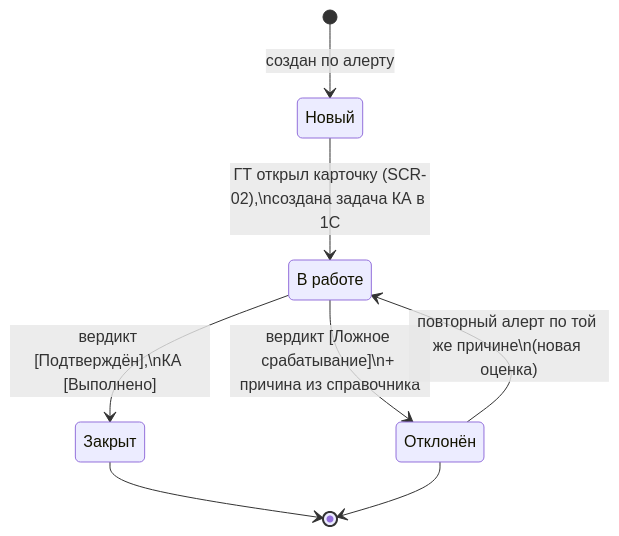
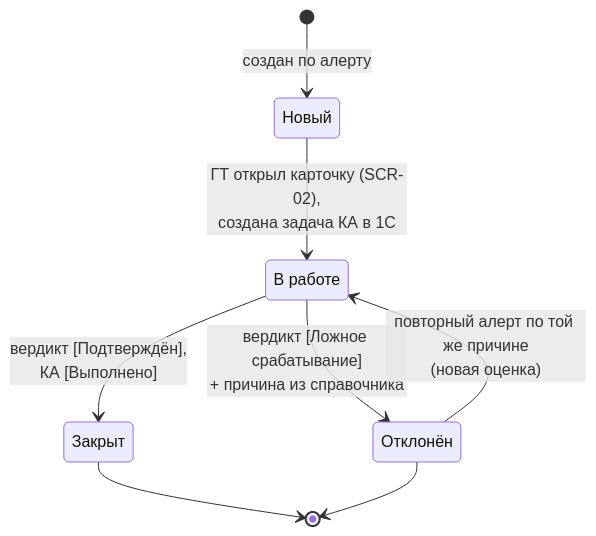
One commit to igorvolk1961/water_checker changed the second of 4 diagrams in docs/system_analysis/diagrams/state_incident_alert_task.md. Above: the diagram before and after it, drawn with Mermaid. The commit also changed other lines of this file and 4 other files, not shown here.

Commit message:
Fix mermaid parse error: remove semicolons in labels and use <br/> instead of literal backslash-n

````diff
--- a/docs/system_analysis/diagrams/state_incident_alert_task.md
+++ b/docs/system_analysis/diagrams/state_incident_alert_task.md
@@ -28,14 +28,14 @@
 ```mermaid
 stateDiagram-v2
     state "Новый" as I1
     state "В работе" as I2
     state "Закрыт" as I3
     state "Отклонён" as I4
     [*] --> I1 : создан по алерту
-    I1 --> I2 : ГТ открыл карточку (SCR-02),\nсоздана задача КА в 1С
-    I2 --> I3 : вердикт [Подтверждён],\nКА [Выполнено]
-    I2 --> I4 : вердикт [Ложное срабатывание]\n+ причина из справочника
-    I4 --> I2 : повторный алерт по той же причине\n(новая оценка)
+    I1 --> I2 : ГТ открыл карточку (SCR-02),<br/>создана задача КА в 1С
+    I2 --> I3 : вердикт [Подтверждён],<br/>КА [Выполнено]
+    I2 --> I4 : вердикт [Ложное срабатывание]<br/>+ причина из справочника
+    I4 --> I2 : повторный алерт по той же причине<br/>(новая оценка)
     I3 --> [*]
     I4 --> [*]
 ```
````
